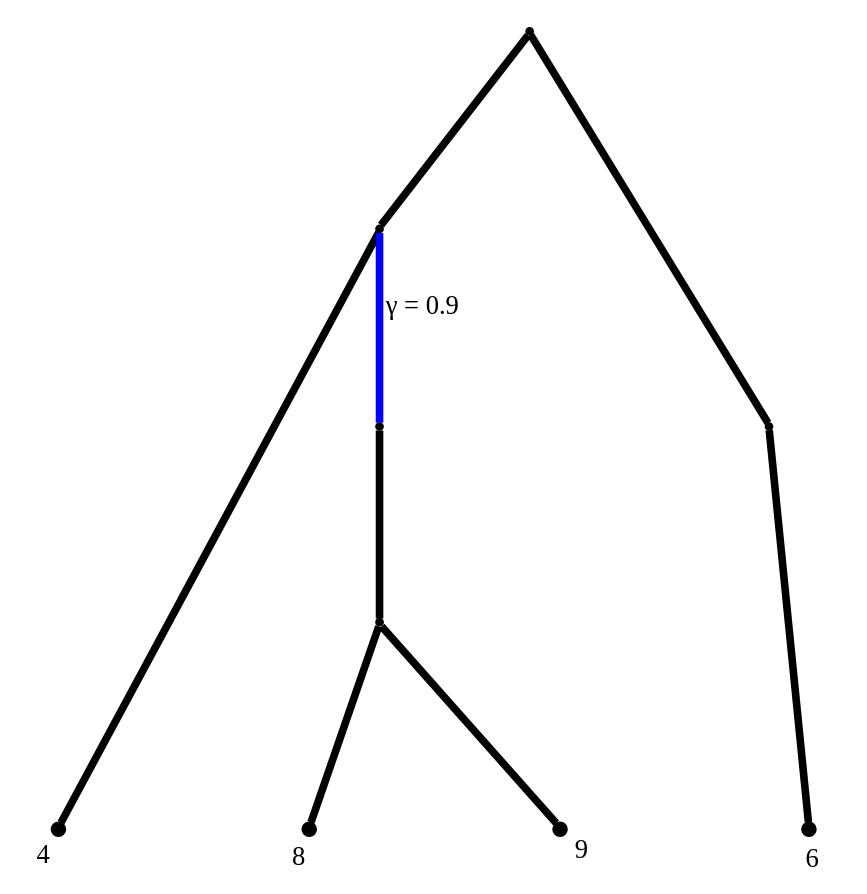
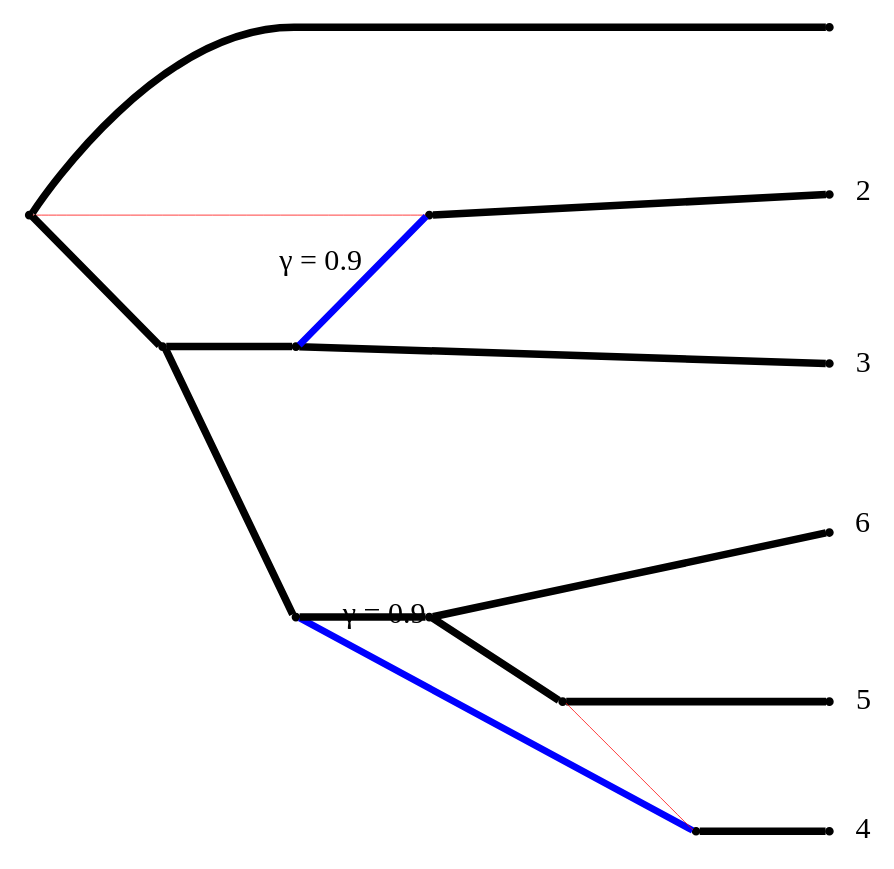
Before and after one commit to JuliaPhylo/PhyloNetworks.jl: the diagram in visualization/drawCF.dot, drawn with Graphviz. The commit also changed 11 other files, not shown here.

```diff
--- a/visualization/drawCF.dot
+++ b/visualization/drawCF.dot
@@ -1,45 +1,72 @@
 Graph { 
+     rankdir=LR; 
 labelloc=b 
     ratio="fill"; 
     size="6 ,8"; 
+    nodesep=0.5; 
+    edge [fontsize=16.0]; 
     node [shape = point] 
     rank=max 1 
-     subgraph    { 4 , 6 , 8 , 9 } 
-    4 [label=4] [shape = point] [height = 0.1] 
-    6 [label=6] [shape = point] [height = 0.1] 
-    8 [label=8] [shape = point] [height = 0.1] 
-    9 [label=9] [shape = point] [height = 0.1] 
+     subgraph    { 1 , 3 , 4 , 5 , 7 , 8 } 
+    1 [label=1] [shape = point] 
+    3 [label=3] [shape = point] 
+    4 [label=4] [shape = point] 
+    5 [label=5] [shape = point] 
+    7 [label=7] [shape = point] 
+    8 [label=8] [shape = point] 
  
-     1 -- 2
-                          [penwidth=4]; 
-     2 -- 4
-                            [headlabel=4]
-                            [labeldistance=2.0]
-                            [labelangle=180.0]
-                            [penwidth=4]; 
-     2 -- 5
-                                [color=blue]
-                                [penwidth=4]
-                                [taillabel=" &gamma; = 0.9"]
-                                [labeldistance = 4.5]
-                                [labelangle=30.0]; 
-     5 -- 7
-                            [penwidth=4]; 
-     7 -- 8
-                            [headlabel=8]
-                            [labeldistance=2.0]
-                            [labelangle=180.0]
-                            [penwidth=4]; 
-     7 -- 9
-                            [headlabel=9]
-                            [labeldistance=2.0]
-                            [labelangle=180.0]
-                            [penwidth=4]; 
-     1 -- 3
-                          [penwidth=4]; 
-     3 -- 6
-                            [headlabel=6]
-                            [labeldistance=2.0]
-                            [labelangle=180.0]
-                            [penwidth=4]; 
+     1 -- -5 [penwidth=4]; 
+     -5 -- 2
+                                    [color=red]
+                                    [penwidth=0.4]; 
+     -5 -- -4
+                                  [penwidth=4]; 
+     -4 -- -6
+                                  [penwidth=4]; 
+     -6 -- 2
+                                    [color=blue]
+                                    [penwidth=3.6]
+                                    [taillabel=" &gamma; = 0.9"]
+                                    [labeldistance = 4.5]
+                                    [labelangle=30.0]; 
+     2 -- 3
+                                  [headlabel=2]
+                                  [labeldistance=2.0]
+                                  [labelangle=180.0]
+                                  [penwidth=4]; 
+     -6 -- 4
+                                  [headlabel=3]
+                                  [labeldistance=2.0]
+                                  [labelangle=180.0]
+                                  [penwidth=4]; 
+     -4 -- -3
+                                  [penwidth=4]; 
+     -3 -- 6
+                                    [color=blue]
+                                    [penwidth=3.6]
+                                    [taillabel=" &gamma; = 0.9"]
+                                    [labeldistance = 4.5]
+                                    [labelangle=30.0]; 
+     6 -- 5
+                                  [headlabel=4]
+                                  [labeldistance=2.0]
+                                  [labelangle=180.0]
+                                  [penwidth=4]; 
+     -3 -- -2
+                                  [penwidth=4]; 
+     -2 -- -9
+                                  [penwidth=4]; 
+     -9 -- 6
+                                    [color=red]
+                                    [penwidth=0.4]; 
+     -9 -- 7
+                                  [headlabel=5]
+                                  [labeldistance=2.0]
+                                  [labelangle=180.0]
+                                  [penwidth=4]; 
+     -2 -- 8
+                                  [headlabel=6]
+                                  [labeldistance=2.0]
+                                  [labelangle=180.0]
+                                  [penwidth=4]; 
 }
```
